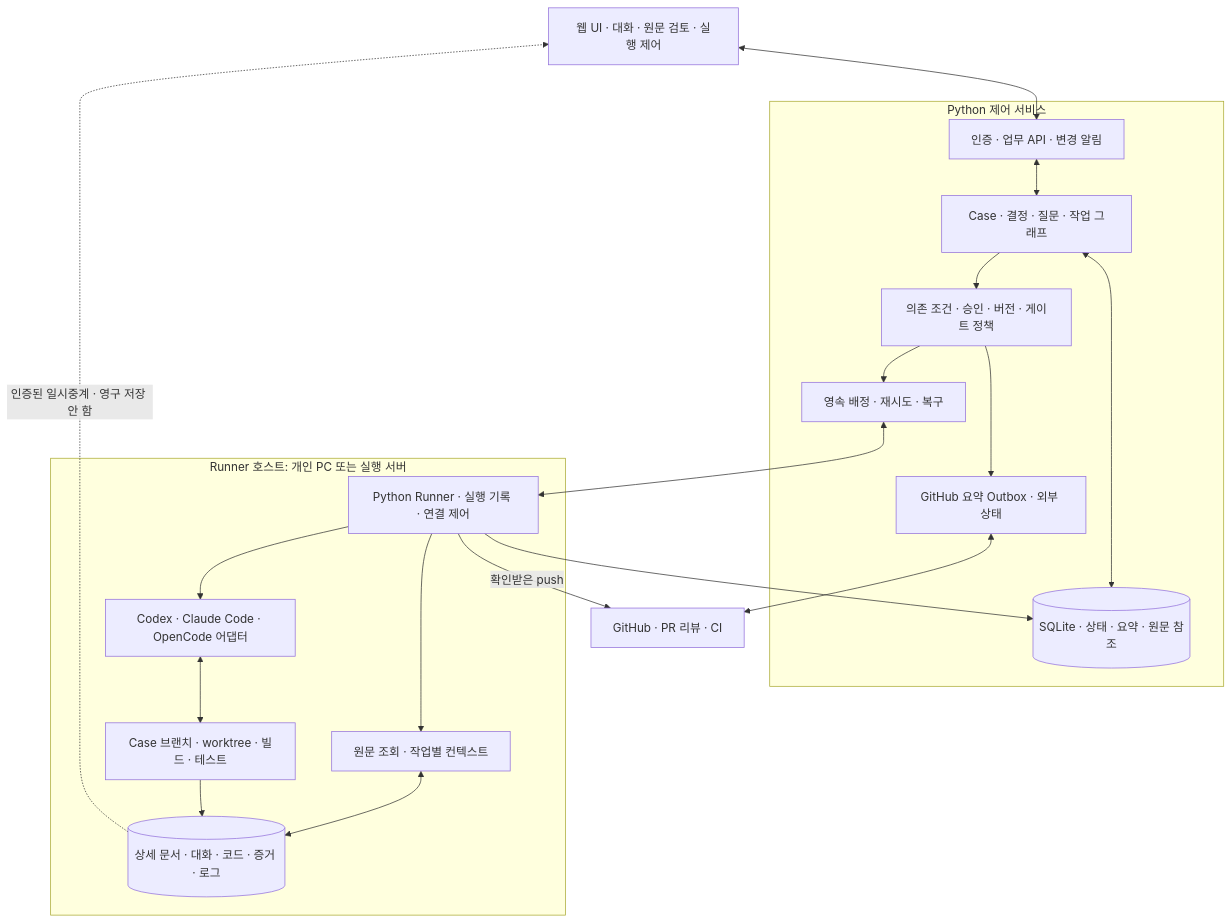
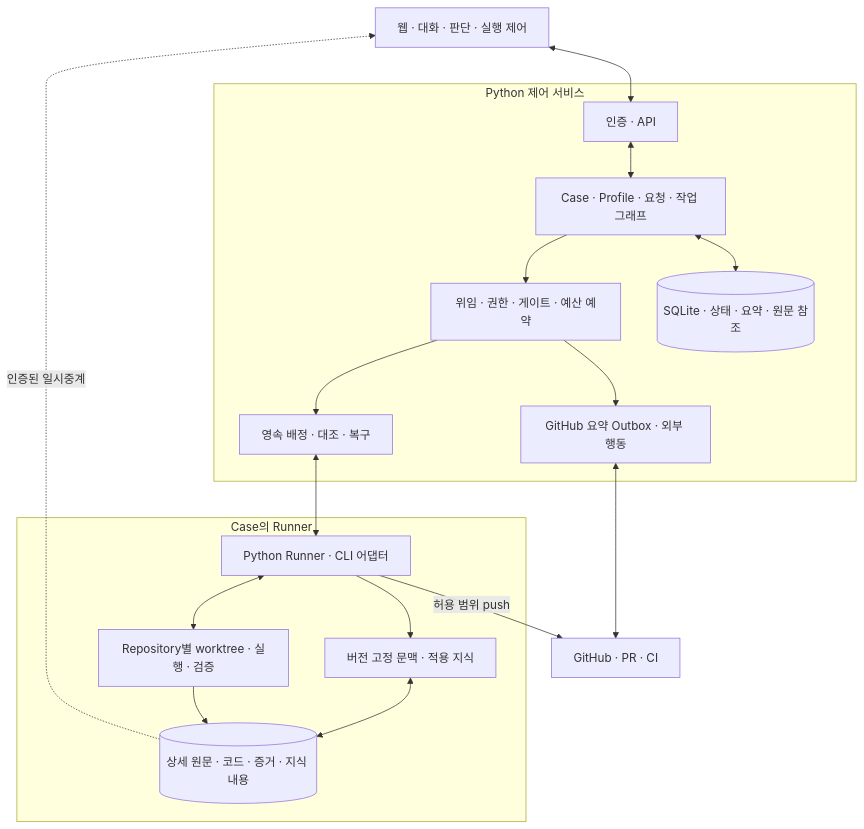
The diagram in design-draft.md (CheongMyungJ/human-ai-dev-system), drawn with Mermaid before and after one commit. The commit also changed other lines of this file and 25 other files, not shown here.

````diff
--- a/design-draft.md
+++ b/design-draft.md
@@ -67,36 +80,33 @@
 ```mermaid
 flowchart TB
-    WEB["웹 UI · 대화 · 원문 검토 · 실행 제어"]
+    WEB["웹 · 대화 · 판단 · 실행 제어"]
     subgraph CONTROL["Python 제어 서비스"]
-        API["인증 · 업무 API · 변경 알림"]
-        CASE["Case · 결정 · 질문 · 작업 그래프"]
-        POLICY["의존 조건 · 승인 · 버전 · 게이트 정책"]
-        SCHED["영속 배정 · 재시도 · 복구"]
+        API["인증 · API"]
+        CASE["Case · Profile · 요청 · 작업 그래프"]
+        POLICY["위임 · 권한 · 게이트 · 예산 예약"]
         DB[("SQLite · 상태 · 요약 · 원문 참조")]
-        OUT["GitHub 요약 Outbox · 외부 상태"]
+        SCHED["영속 배정 · 대조 · 복구"]
+        OUT["GitHub 요약 Outbox · 외부 행동"]
     end
-    subgraph HOST["Runner 호스트: 개인 PC 또는 실행 서버"]
-        RUN["Python Runner · 실행 기록 · 연결 제어"]
-        CTX["원문 조회 · 작업별 컨텍스트"]
-        ADAPT["Codex · Claude Code · OpenCode 어댑터"]
-        WORK["Case 브랜치 · worktree · 빌드 · 테스트"]
-        ART[("상세 문서 · 대화 · 코드 · 증거 · 로그")]
+    subgraph HOST["Case의 Runner"]
+        RUN["Python Runner · CLI 어댑터"]
+        CTX["버전 고정 문맥 · 적용 지식"]
+        WORK["Repository별 worktree · 실행 · 검증"]
+        ART[("상세 원문 · 코드 · 증거 · 지식 내용")]
     end
-    GH["GitHub · PR 리뷰 · CI"]
+    GH["GitHub · PR · CI"]
     WEB <--> API
     API <--> CASE
     CASE <--> DB
     CASE --> POLICY
     POLICY --> SCHED
     SCHED <--> RUN
     RUN --> CTX
     CTX <--> ART
-    RUN --> ADAPT
-    ADAPT <--> WORK
+    RUN <--> WORK
     WORK --> ART
-    RUN --> DB
     POLICY --> OUT
     OUT <--> GH
-    RUN -->|"확인받은 push"| GH
-    ART -.->|"인증된 일시중계 · 영구 저장 안 함"| WEB
+    RUN -->|"허용 범위 push"| GH
+    ART -.->|"인증된 일시중계"| WEB
 ```
````
